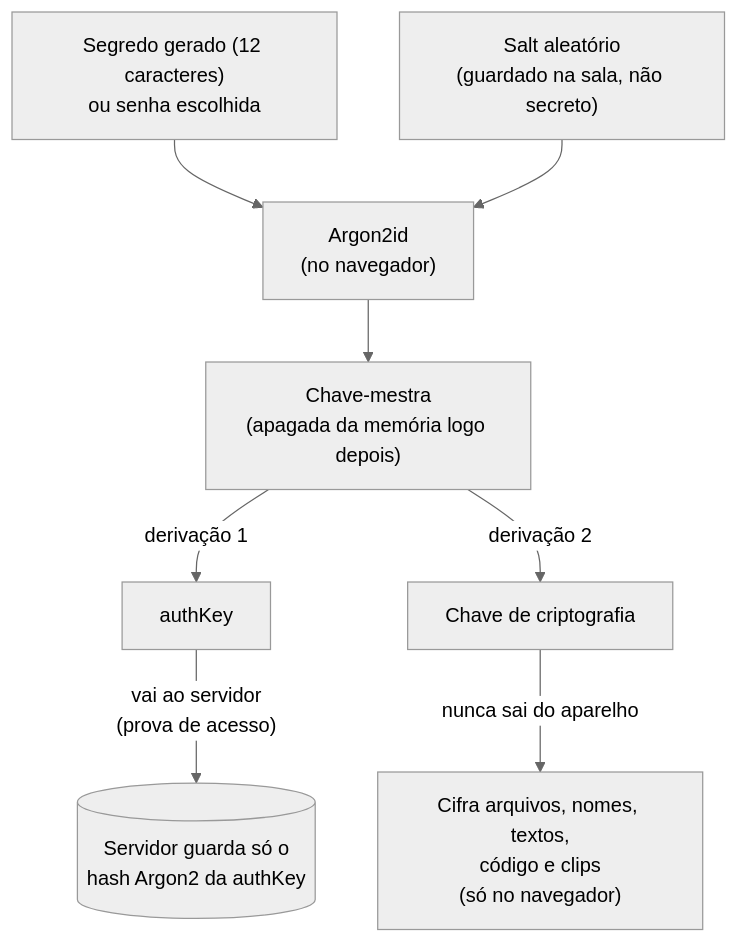
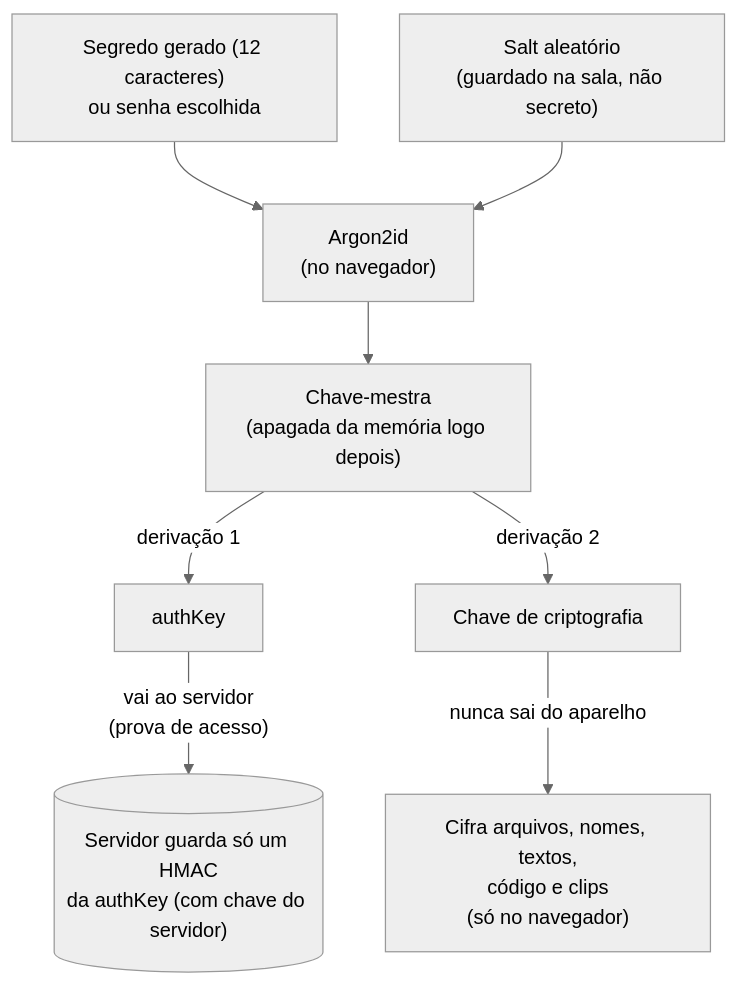
Before and after one commit to gbrielzera/QuickDrop: the first of 2 diagrams in README.md, drawn with Mermaid (neutral theme). The commit also changed other lines of this file and 6 other files, not shown here.

Commit message:
Documentos: resultados dos testes em celular, HMAC no servidor e entrada mais rápida; docx regenerados

````diff
--- a/README.md
+++ b/README.md
@@ -84,19 +84,19 @@
 ```mermaid
 flowchart TD
     segredo["Segredo gerado (12 caracteres)<br/>ou senha escolhida"]
     salt["Salt aleatório<br/>(guardado na sala, não secreto)"]
     argon["Argon2id<br/>(no navegador)"]
     mestra["Chave-mestra<br/>(apagada da memória logo depois)"]
     auth["authKey"]
     enc["Chave de criptografia"]
-    servidor[("Servidor guarda só o<br/>hash Argon2 da authKey")]
+    servidor[("Servidor guarda só um HMAC<br/>da authKey (com chave do servidor)")]
     conteudo["Cifra arquivos, nomes, textos,<br/>código e clips<br/>(só no navegador)"]
 
     segredo --> argon
     salt --> argon
     argon --> mestra
     mestra -->|"derivação 1"| auth
     mestra -->|"derivação 2"| enc
     auth -->|"vai ao servidor<br/>(prova de acesso)"| servidor
     enc -->|"nunca sai do aparelho"| conteudo
 ```
````
